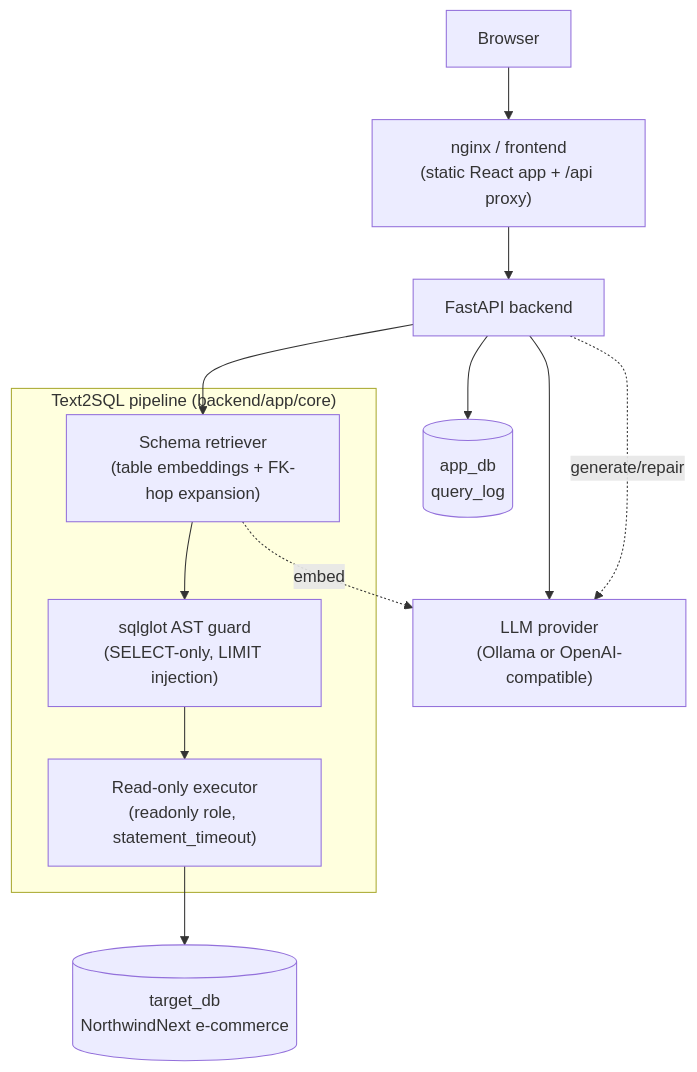
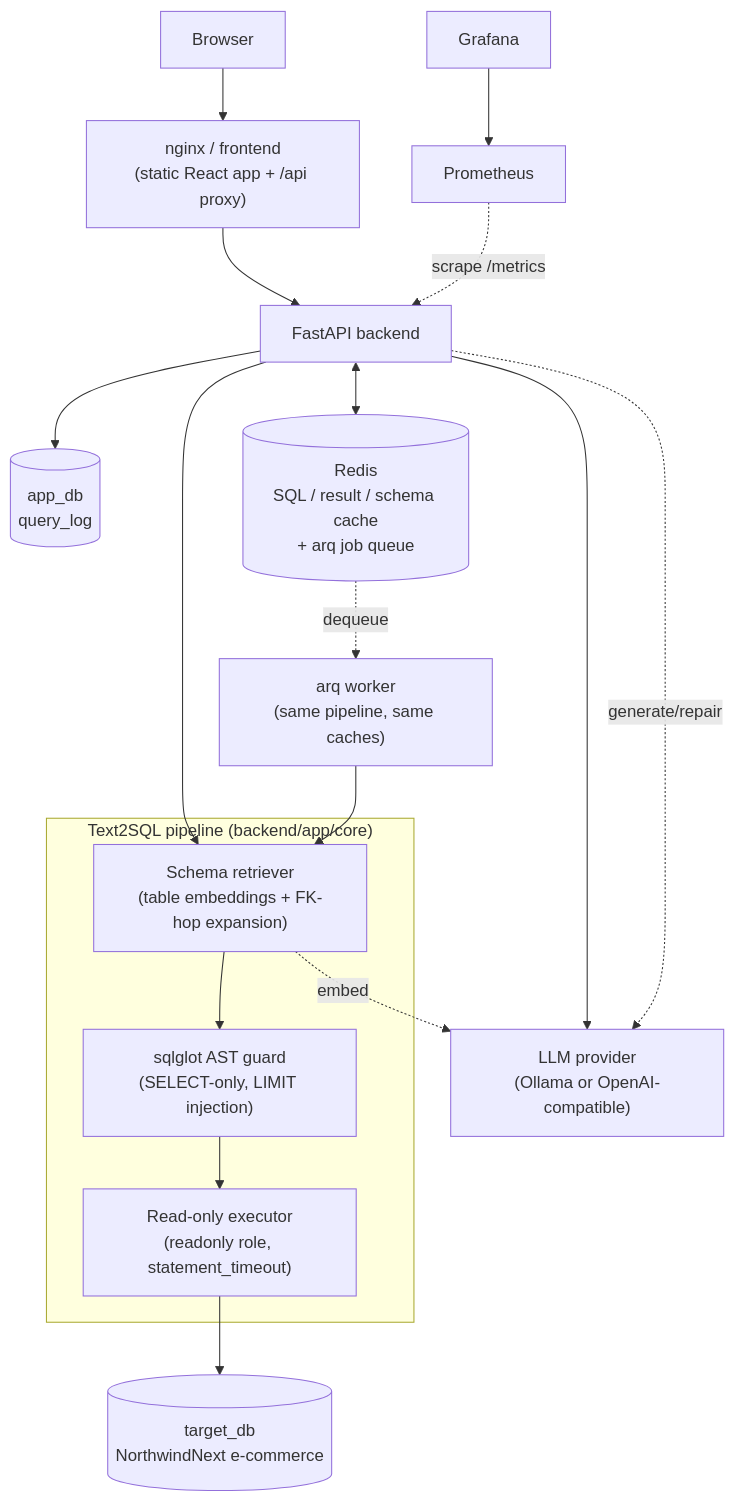
The diagram in README.md (sms021019/Text2SQL), drawn with Mermaid before and after one commit. The commit also changed other lines of this file and 12 other files, not shown here.

````diff
--- a/README.md
+++ b/README.md
@@ -9,22 +9,29 @@
 ```mermaid
 flowchart TD
     Browser["Browser"] --> Frontend["nginx / frontend\n(static React app + /api proxy)"]
     Frontend --> API["FastAPI backend"]
 
     subgraph Pipeline["Text2SQL pipeline (backend/app/core)"]
         Retriever["Schema retriever\n(table embeddings + FK-hop expansion)"]
         Guard["sqlglot AST guard\n(SELECT-only, LIMIT injection)"]
         Executor["Read-only executor\n(readonly role, statement_timeout)"]
     end
 
     API --> Retriever
     Retriever --> Guard
     Guard --> Executor
 
     API --> AppDB[("app_db\nquery_log")]
     Executor --> TargetDB[("target_db\nNorthwindNext e-commerce")]
 
     API --> LLM["LLM provider\n(Ollama or OpenAI-compatible)"]
     Retriever -. embed .-> LLM
     API -. generate/repair .-> LLM
+
+    API <--> Redis[("Redis\nSQL / result / schema cache\n+ arq job queue")]
+    Redis -. dequeue .-> Worker["arq worker\n(same pipeline, same caches)"]
+    Worker --> Retriever
+
+    Prometheus["Prometheus"] -. scrape /metrics .-> API
+    Grafana["Grafana"] --> Prometheus
 ```
````
